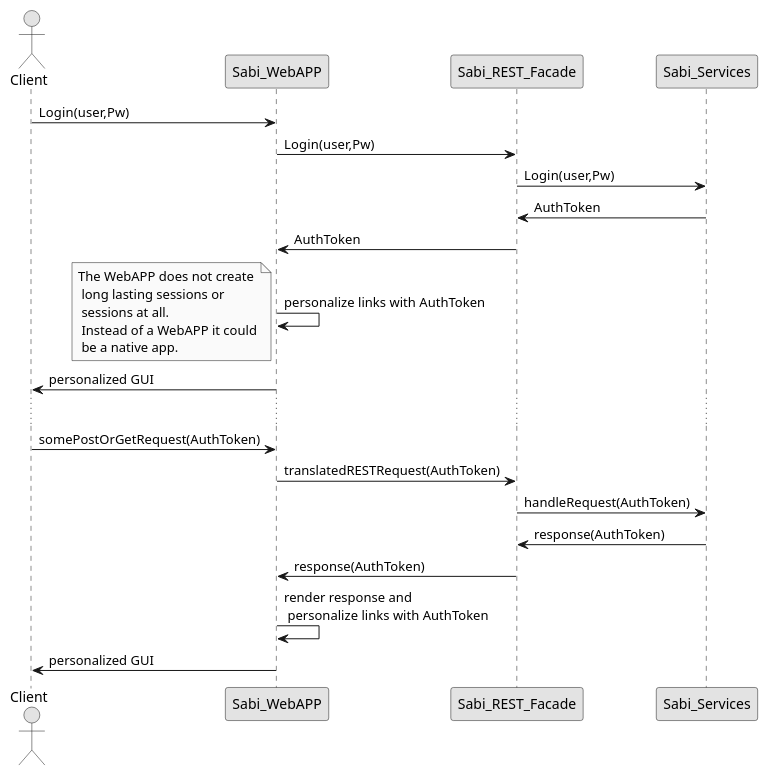
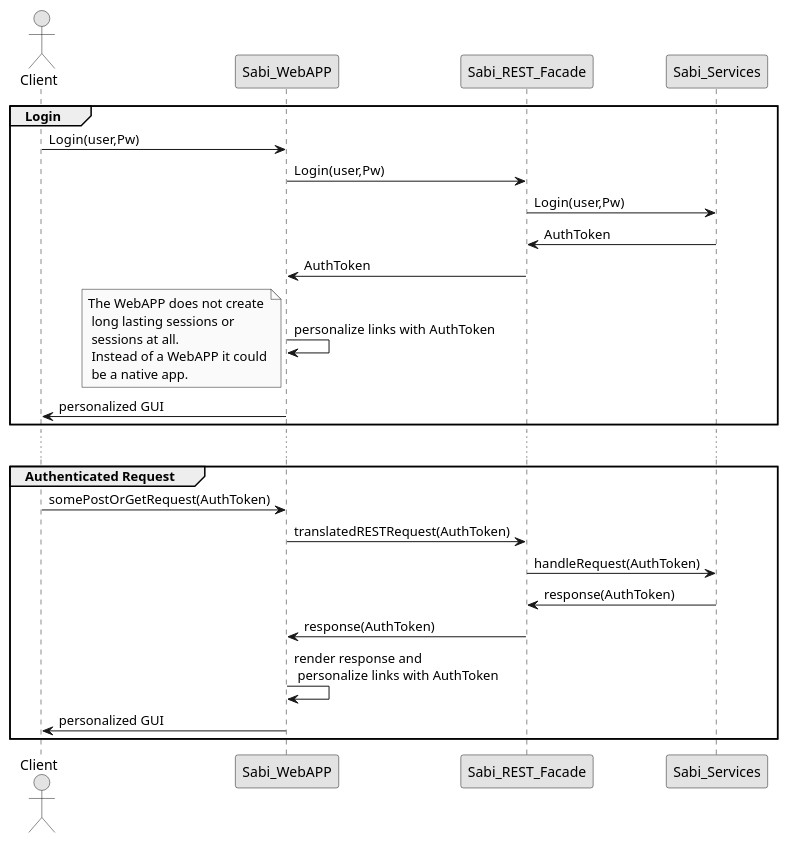
One commit to StefanSchubert/sabi changed the diagram in sabi-parent/sabi-server/UML/6_RuntimeView/Seq_Authorisation.puml. Above: the diagram before and after it, drawn with PlantUML. The commit also changed 18 other files, not shown here.

```diff
--- a/sabi-parent/sabi-server/UML/6_RuntimeView/Seq_Authorisation.puml
+++ b/sabi-parent/sabi-server/UML/6_RuntimeView/Seq_Authorisation.puml
@@ -1,29 +1,31 @@
 @startuml
 
 skinparam monochrome true
 skinparam componentStyle uml2
 
 actor Client
 
-Client -> Sabi_WebAPP:Login(user,Pw)
-Sabi_WebAPP -> Sabi_REST_Facade:Login(user,Pw)
-Sabi_REST_Facade -> Sabi_Services:Login(user,Pw)
-Sabi_Services -> Sabi_REST_Facade:AuthToken
-Sabi_REST_Facade -> Sabi_WebAPP:AuthToken
+group Login
+    Client -> Sabi_WebAPP:Login(user,Pw)
+    Sabi_WebAPP -> Sabi_REST_Facade:Login(user,Pw)
+    Sabi_REST_Facade -> Sabi_Services:Login(user,Pw)
+    Sabi_Services -> Sabi_REST_Facade:AuthToken
+    Sabi_REST_Facade -> Sabi_WebAPP:AuthToken
 
-Sabi_WebAPP -> Sabi_WebAPP:personalize links with AuthToken
-note left: The WebAPP does not create\n long lasting sessions or\n sessions at all.\n Instead of a WebAPP it could\n be a native app.
-Client <- Sabi_WebAPP:personalized GUI
-
+    Sabi_WebAPP -> Sabi_WebAPP:personalize links with AuthToken
+    note left: The WebAPP does not create\n long lasting sessions or\n sessions at all.\n Instead of a WebAPP it could\n be a native app.
+    Client <- Sabi_WebAPP:personalized GUI
+end
 ...
 
-Client -> Sabi_WebAPP:somePostOrGetRequest(AuthToken)
-Sabi_WebAPP -> Sabi_REST_Facade:translatedRESTRequest(AuthToken)
-Sabi_REST_Facade -> Sabi_Services:handleRequest(AuthToken)
-Sabi_REST_Facade <- Sabi_Services:response(AuthToken)
-Sabi_WebAPP <- Sabi_REST_Facade:response(AuthToken)
-Sabi_WebAPP -> Sabi_WebAPP:render response and\n personalize links with AuthToken
-Client <- Sabi_WebAPP:personalized GUI
-
+group Authenticated Request
+    Client -> Sabi_WebAPP:somePostOrGetRequest(AuthToken)
+    Sabi_WebAPP -> Sabi_REST_Facade:translatedRESTRequest(AuthToken)
+    Sabi_REST_Facade -> Sabi_Services:handleRequest(AuthToken)
+    Sabi_REST_Facade <- Sabi_Services:response(AuthToken)
+    Sabi_WebAPP <- Sabi_REST_Facade:response(AuthToken)
+    Sabi_WebAPP -> Sabi_WebAPP:render response and\n personalize links with AuthToken
+    Client <- Sabi_WebAPP:personalized GUI
+end
 
 @enduml
```
